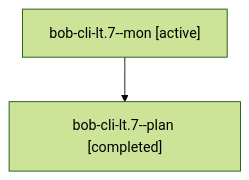
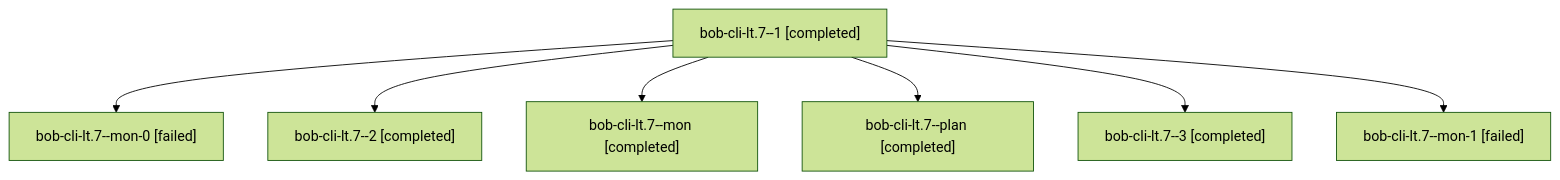
The diagram in sessions/bbugyi200.athena.bob-cli-lt.7.md (bobs-org/bob-cli--agents), drawn with Mermaid (forest theme) before and after one commit. The commit also changed other lines of this file and 72 other files, not shown here.

````diff
--- a/sessions/bbugyi200.athena.bob-cli-lt.7.md
+++ b/sessions/bbugyi200.athena.bob-cli-lt.7.md
@@ -9,6 +9,16 @@
 ```mermaid
 flowchart TD
-  n0["bob-cli-lt.7--mon [active]"]
-  n1["bob-cli-lt.7--plan [completed]"]
+  n0["bob-cli-lt.7--1 [completed]"]
+  n1["bob-cli-lt.7--mon-0 [failed]"]
   n0 --> n1
+  n2["bob-cli-lt.7--2 [completed]"]
+  n0 --> n2
+  n3["bob-cli-lt.7--mon [completed]"]
+  n0 --> n3
+  n4["bob-cli-lt.7--plan [completed]"]
+  n0 --> n4
+  n5["bob-cli-lt.7--3 [completed]"]
+  n0 --> n5
+  n6["bob-cli-lt.7--mon-1 [failed]"]
+  n0 --> n6
 ```
````
